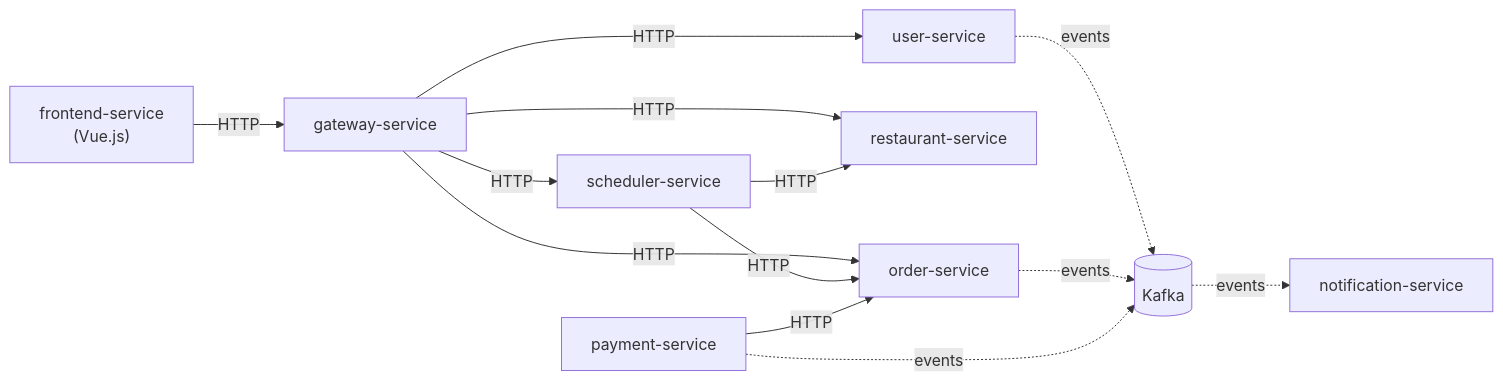
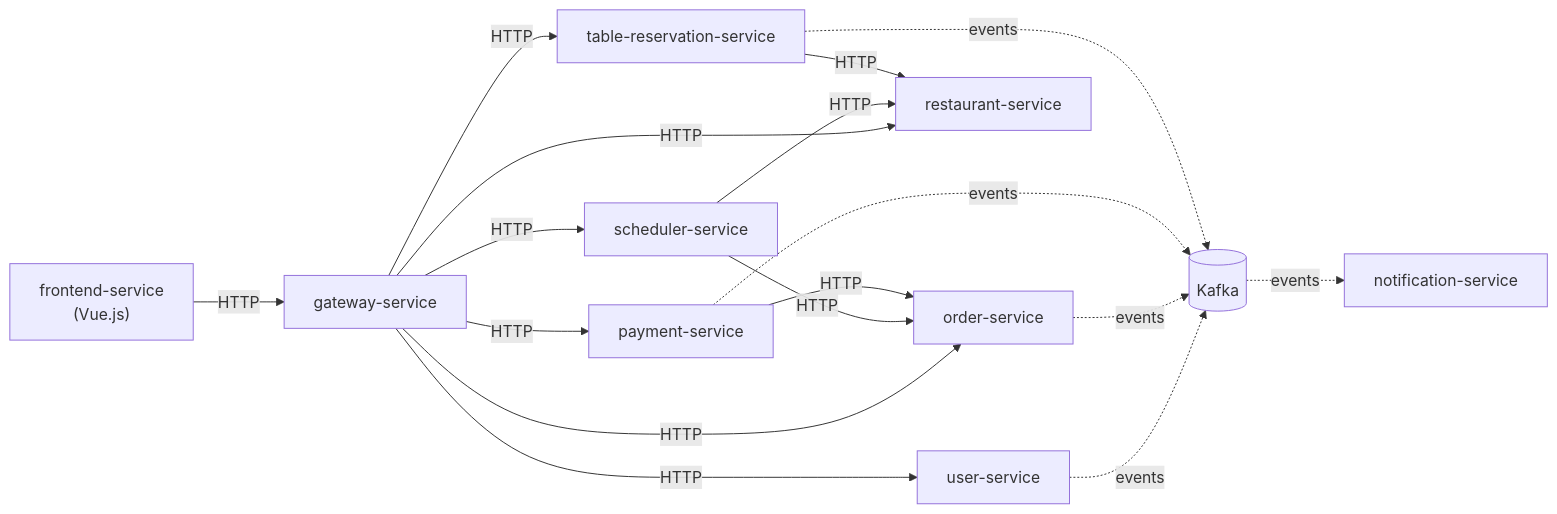
The diagram in docs/reports/saap/index.md (Norby99/munchies), drawn with Mermaid before and after one commit. The commit also changed other lines of this file and 16 other files, not shown here.

````diff
--- a/docs/reports/saap/index.md
+++ b/docs/reports/saap/index.md
@@ -32,18 +32,22 @@
 ```mermaid
 flowchart LR
     fe["frontend-service<br/>(Vue.js)"] -->|HTTP| gw["gateway-service"]
 
     gw -->|HTTP| us["user-service"]
     gw -->|HTTP| rs["restaurant-service"]
     gw -->|HTTP| os["order-service"]
     gw -->|HTTP| ss["scheduler-service"]
+    gw -->|HTTP| ps["payment-service"]
+    gw -->|HTTP| ts["table-reservation-service"]
 
     ss -->|HTTP| os
     ss -->|HTTP| rs
-    ps["payment-service"] -->|HTTP| os
+    ps -->|HTTP| os
+    ts -->|HTTP| rs
 
     us -.->|events| k[("Kafka")]
     os -.->|events| k
     ps -.->|events| k
+    ts -.->|events| k
     k -.->|events| ns["notification-service"]
 ```
````
